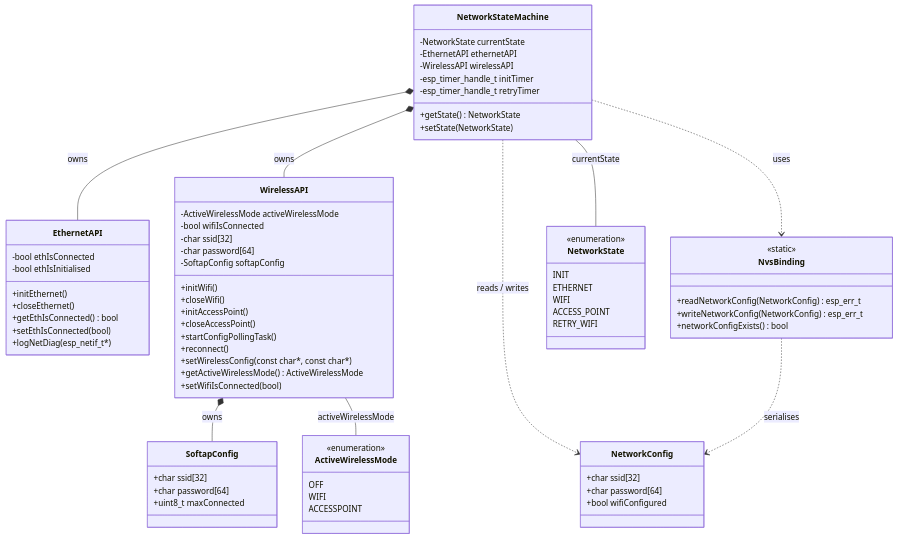
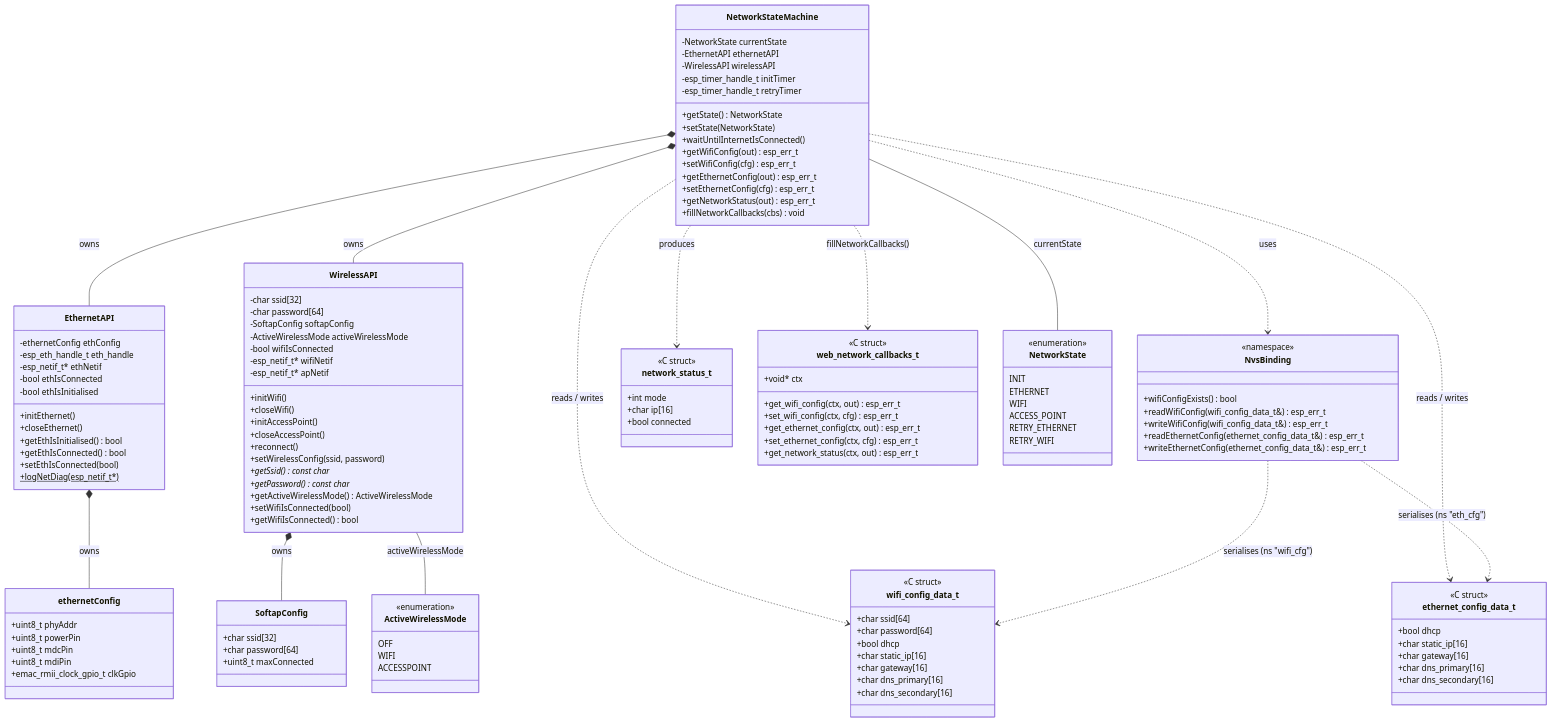
One commit to codm/czc-unified changed the first of 2 diagrams in components/network/README.md. Above: the diagram before and after it, drawn with Mermaid. The commit also changed other lines of this file and 2 other files, not shown here.

````diff
--- a/components/network/README.md
+++ b/components/network/README.md
@@ -18,46 +19,94 @@
         -esp_timer_handle_t retryTimer
         +getState() NetworkState
         +setState(NetworkState)
+        +waitUntilInternetIsConnected()
+        +getWifiConfig(out) esp_err_t
+        +setWifiConfig(cfg) esp_err_t
+        +getEthernetConfig(out) esp_err_t
+        +setEthernetConfig(cfg) esp_err_t
+        +getNetworkStatus(out) esp_err_t
+        +fillNetworkCallbacks(cbs) void
     }
 
     class EthernetAPI {
+        -ethernetConfig ethConfig
+        -esp_eth_handle_t eth_handle
+        -esp_netif_t* ethNetif
         -bool ethIsConnected
         -bool ethIsInitialised
         +initEthernet()
         +closeEthernet()
+        +getEthIsInitialised() bool
         +getEthIsConnected() bool
         +setEthIsConnected(bool)
-        +logNetDiag(esp_netif_t*)
+        +logNetDiag(esp_netif_t*)$
     }
 
     class WirelessAPI {
-        -ActiveWirelessMode activeWirelessMode
-        -bool wifiIsConnected
         -char ssid[32]
         -char password[64]
         -SoftapConfig softapConfig
+        -ActiveWirelessMode activeWirelessMode
+        -bool wifiIsConnected
+        -esp_netif_t* wifiNetif
+        -esp_netif_t* apNetif
         +initWifi()
         +closeWifi()
         +initAccessPoint()
         +closeAccessPoint()
-        +startConfigPollingTask()
         +reconnect()
-        +setWirelessConfig(const char*, const char*)
+        +setWirelessConfig(ssid, password)
+        +getSsid() const char*
+        +getPassword() const char*
         +getActiveWirelessMode() ActiveWirelessMode
         +setWifiIsConnected(bool)
+        +getWifiIsConnected() bool
     }
 
     class NvsBinding {
-        <<static>>
-        +readNetworkConfig(NetworkConfig) esp_err_t
-        +writeNetworkConfig(NetworkConfig) esp_err_t
-        +networkConfigExists() bool
+        <<namespace>>
+        +wifiConfigExists() bool
+        +readWifiConfig(wifi_config_data_t&) esp_err_t
+        +writeWifiConfig(wifi_config_data_t&) esp_err_t
+        +readEthernetConfig(ethernet_config_data_t&) esp_err_t
+        +writeEthernetConfig(ethernet_config_data_t&) esp_err_t
     }
 
-    class NetworkConfig {
-        +char ssid[32]
+    class wifi_config_data_t {
+        <<C struct>>
+        +char ssid[64]
         +char password[64]
-        +bool wifiConfigured
+        +bool dhcp
+        +char static_ip[16]
+        +char gateway[16]
+        +char dns_primary[16]
+        +char dns_secondary[16]
+    }
+
+    class ethernet_config_data_t {
+        <<C struct>>
+        +bool dhcp
+        +char static_ip[16]
+        +char gateway[16]
+        +char dns_primary[16]
+        +char dns_secondary[16]
+    }
+
+    class network_status_t {
+        <<C struct>>
+        +int mode
+        +char ip[16]
+        +bool connected
+    }
+
+    class web_network_callbacks_t {
+        <<C struct>>
+        +get_wifi_config(ctx, out) esp_err_t
+        +set_wifi_config(ctx, cfg) esp_err_t
+        +get_ethernet_config(ctx, out) esp_err_t
+        +set_ethernet_config(ctx, cfg) esp_err_t
+        +get_network_status(ctx, out) esp_err_t
+        +void* ctx
     }
 
     class SoftapConfig {
@@ -66,12 +115,21 @@
         +uint8_t maxConnected
     }
 
+    class ethernetConfig {
+        +uint8_t phyAddr
+        +uint8_t powerPin
+        +uint8_t mdcPin
+        +uint8_t mdiPin
+        +emac_rmii_clock_gpio_t clkGpio
+    }
+
     class NetworkState {
         <<enumeration>>
         INIT
         ETHERNET
         WIFI
         ACCESS_POINT
+        RETRY_ETHERNET
         RETRY_WIFI
     }
 
@@ -85,9 +143,14 @@
     NetworkStateMachine *-- EthernetAPI : owns
     NetworkStateMachine *-- WirelessAPI : owns
     NetworkStateMachine ..> NvsBinding : uses
-    NetworkStateMachine ..> NetworkConfig : reads / writes
+    NetworkStateMachine ..> wifi_config_data_t : reads / writes
+    NetworkStateMachine ..> ethernet_config_data_t : reads / writes
+    NetworkStateMachine ..> network_status_t : produces
+    NetworkStateMachine ..> web_network_callbacks_t : fillNetworkCallbacks()
     NetworkStateMachine -- NetworkState : currentState
     WirelessAPI *-- SoftapConfig : owns
     WirelessAPI -- ActiveWirelessMode : activeWirelessMode
-    NvsBinding ..> NetworkConfig : serialises
+    EthernetAPI *-- ethernetConfig : owns
+    NvsBinding ..> wifi_config_data_t : serialises (ns "wifi_cfg")
+    NvsBinding ..> ethernet_config_data_t : serialises (ns "eth_cfg")
 ```
````
